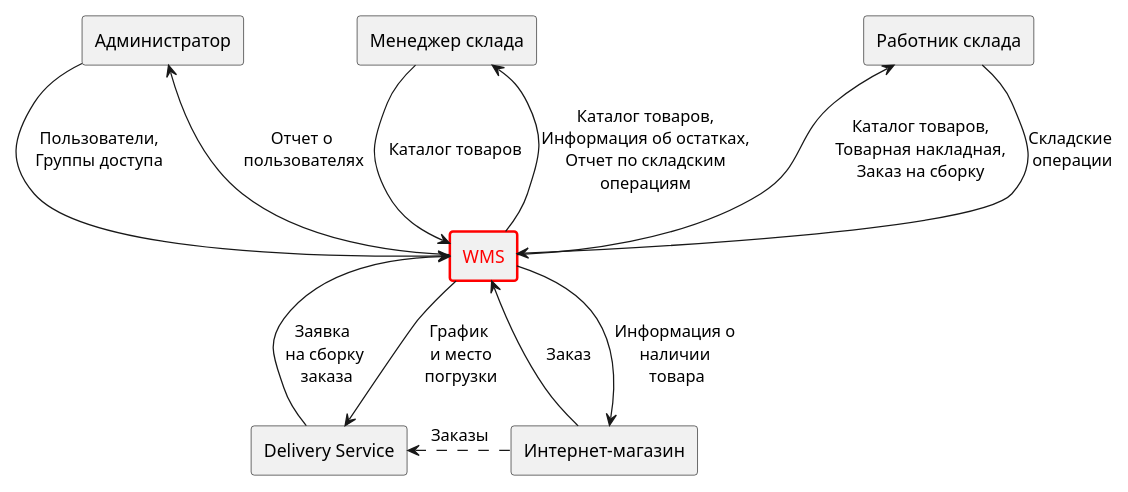
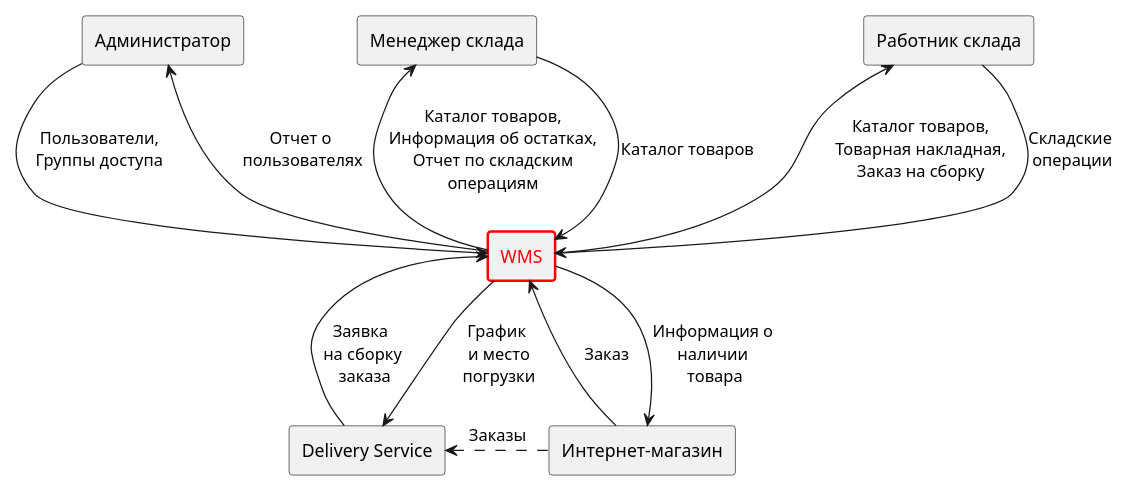
The diagram in umldia.iuml (PortnovAlex80/node_js_pro), drawn with PlantUML before and after one commit.

```diff
--- a/umldia.iuml
+++ b/umldia.iuml
@@ -1,30 +1,31 @@
 @startuml
 scale 750 width
 skinparam componentStyle rectangle
 skinparam BackgroundColor transparent
 
 [WMS] as WMS #line:red;line.bold;text:red
 
 [Работник склада] as Employeer
 [Администратор] as Admin
 [Менеджер склада] as Mgr
 [Интернет-магазин] as IShop
 [Delivery Service] as Delivery 
 
 WMS -up-> Employeer : Каталог товаров,\nТоварная накладная,\nЗаказ на сборку
 Employeer -down-> WMS  : Складские \nоперации 
 
+WMS -up-> Mgr : Каталог товаров,\nИнформация об остатках,\nОтчет по складским\nоперациям
 Mgr -down-> WMS : Каталог товаров
-WMS -up-> Mgr : Каталог товаров,\nИнформация об остатках,\nОтчет по складским\nоперациям
+
 
 Admin -down-> WMS : Пользователи,\nГруппы доступа
 WMS -up-> Admin  : Отчет о \nпользователях
 
 Delivery  -up-> WMS : Заявка \nна сборку\n заказа
 WMS -down-> Delivery  : График\n и место\n погрузки
 
 IShop -up-> WMS : Заказ
 WMS -down-> IShop : Информация о \nналичии \nтовара
 
 IShop -.-left-> Delivery : Заказы
 @enduml
```
